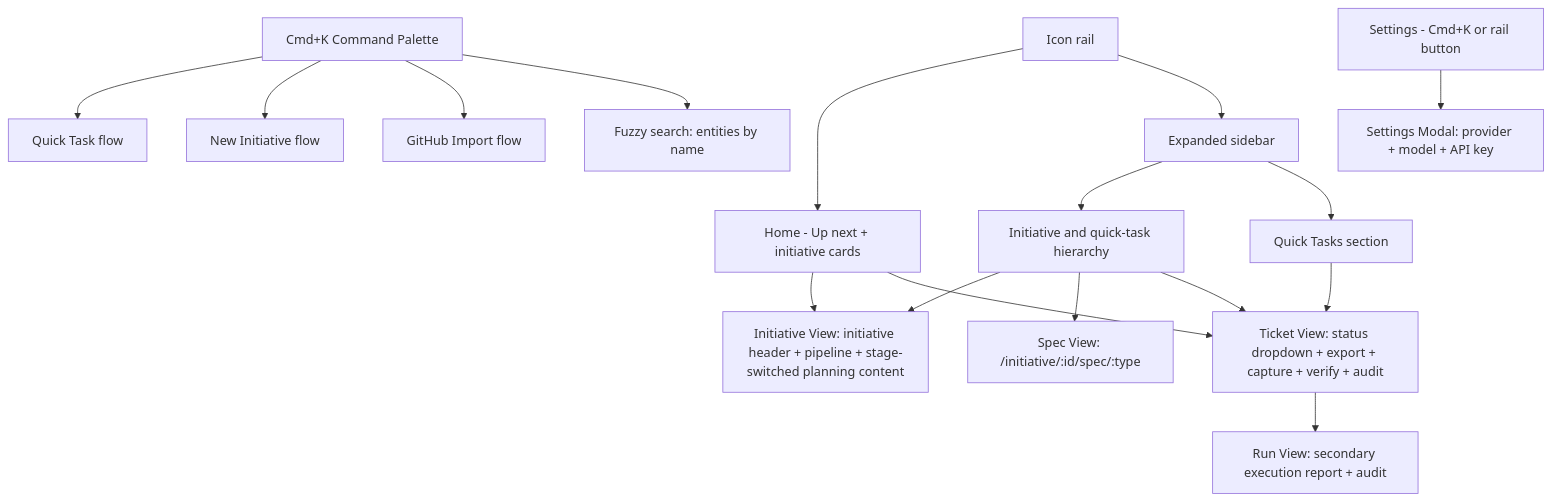
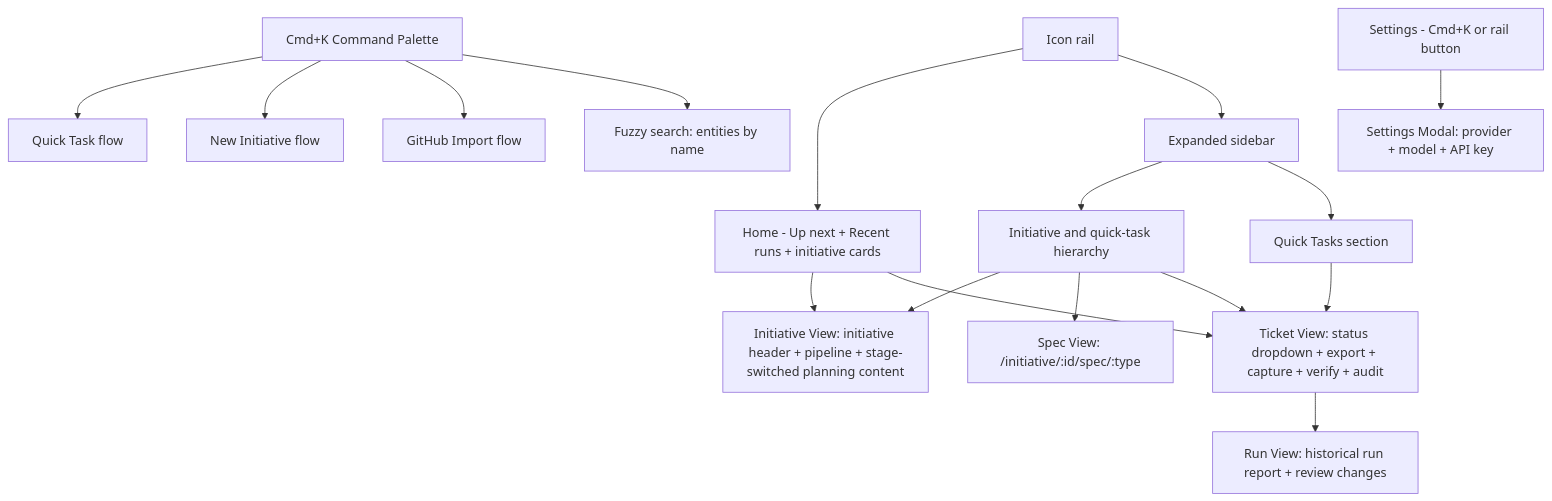
Before and after one commit to mtmitchel/SpecFlow: the second of 2 diagrams in docs/workflows.md, drawn with Mermaid. The commit also changed other lines of this file and 22 other files, not shown here.

Commit message:
Finalize shell hierarchy and guided run review

````diff
--- a/docs/workflows.md
+++ b/docs/workflows.md
@@ -156,21 +157,21 @@
 ```mermaid
 graph TD
-    Rail[Icon rail] --> Home[Home - Up next + initiative cards]
+    Rail[Icon rail] --> Home[Home - Up next + Recent runs + initiative cards]
     Rail --> Sidebar[Expanded sidebar]
     Sidebar --> Initiatives[Initiative and quick-task hierarchy]
     Sidebar --> QuickTasks[Quick Tasks section]
     CmdK[Cmd+K Command Palette] --> QT[Quick Task flow]
     CmdK --> NI[New Initiative flow]
     CmdK --> GH[GitHub Import flow]
     CmdK --> Search[Fuzzy search: entities by name]
 
     Home --> InitiativeView[Initiative View: initiative header + pipeline + stage-switched planning content]
     Initiatives --> InitiativeView
     Initiatives --> SpecView[Spec View: /initiative/:id/spec/:type]
     Initiatives --> TicketView
     Home --> TicketView
     QuickTasks --> TicketView[Ticket View: status dropdown + export + capture + verify + audit]
-    TicketView --> RunView[Run View: secondary execution report + audit]
+    TicketView --> RunView[Run View: historical run report + review changes]
 
     Settings[Settings - Cmd+K or rail button] --> SettingsModal[Settings Modal: provider + model + API key]
 ```
````
